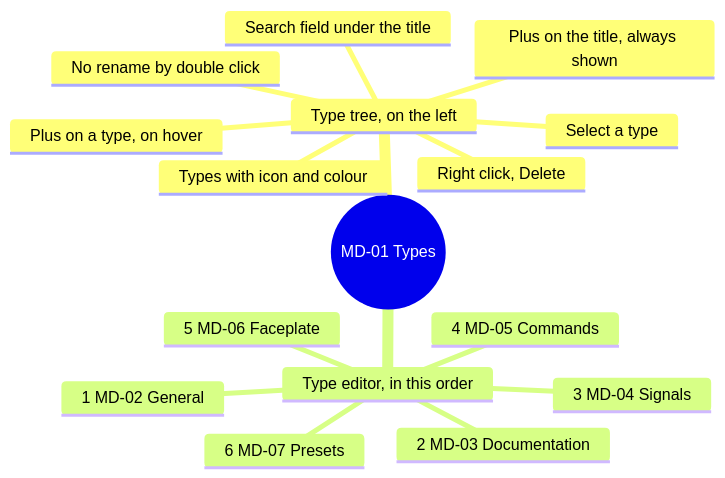
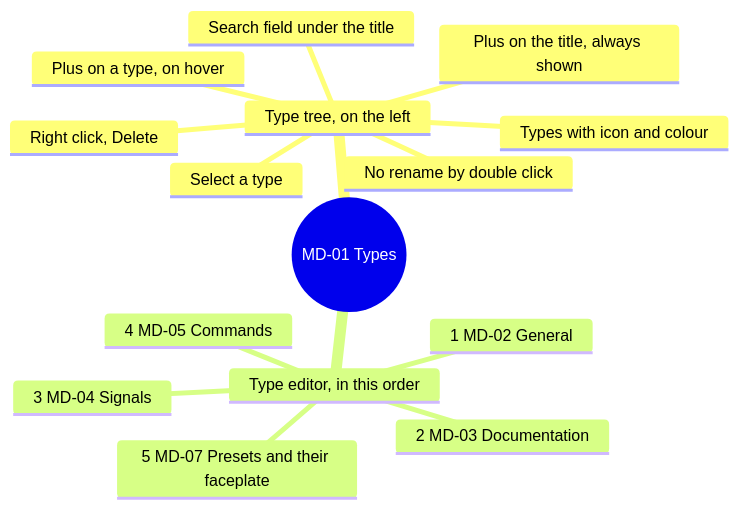
The second of 13 diagrams in screens/metadata.md (AlexandreGallais/synoptic-studio-spec), drawn with Mermaid before and after one commit. The commit also changed other lines of this file and 15 other files, not shown here.

First line of the commit message:
docs(spec): merge faceplate into presets and add signal display name

````diff
--- a/screens/metadata.md
+++ b/screens/metadata.md
@@ -33,19 +33,18 @@
 ```mermaid
 mindmap
   root((MD-01 Types))
     Type tree, on the left
       Plus on the title, always shown
       Search field under the title
       Types with icon and colour
       Plus on a type, on hover
       Select a type
       Right click, Delete
       No rename by double click
     Type editor, in this order
       1 MD-02 General
       2 MD-03 Documentation
       3 MD-04 Signals
       4 MD-05 Commands
-      5 MD-06 Faceplate
-      6 MD-07 Presets
+      5 MD-07 Presets and their faceplate
 ```
````
